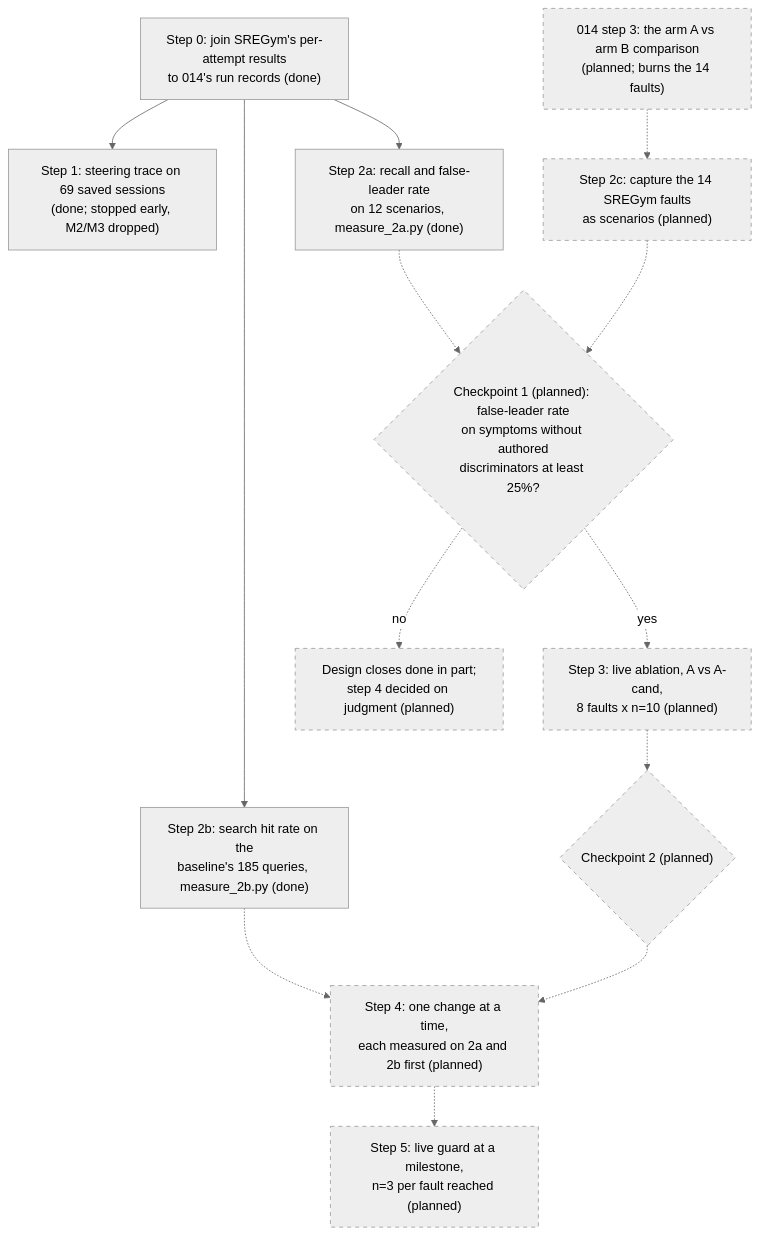
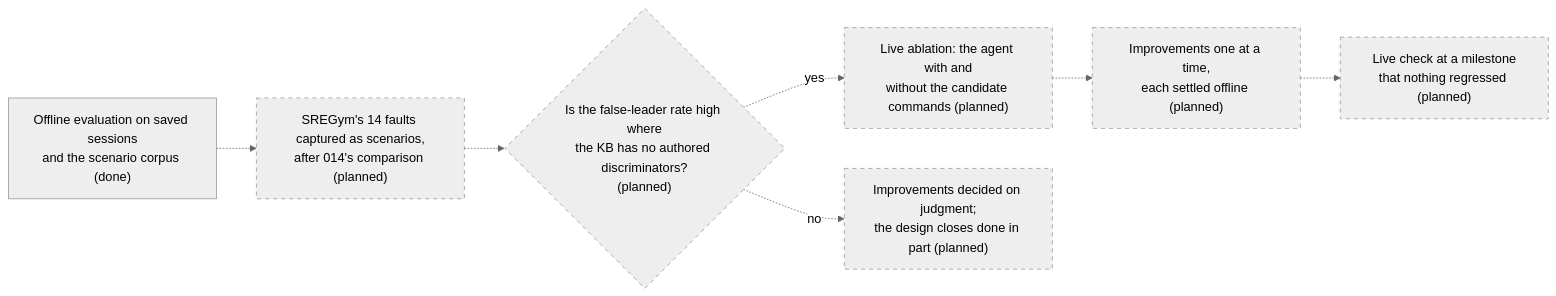
The diagram in designs/015-kb-evaluation.md (BenedatLLC/k8srca), drawn with Mermaid (neutral theme) before and after one commit. The commit also changed other lines of this file and 29 other files, not shown here.

````diff
--- a/designs/015-kb-evaluation.md
+++ b/designs/015-kb-evaluation.md
@@ -113,31 +145,18 @@
 ```mermaid
-flowchart TD
-    S0["Step 0: join SREGym's per-attempt results<br/>to 014's run records (done)"]
-    S1["Step 1: steering trace on 69 saved sessions<br/>(done; stopped early, M2/M3 dropped)"]
-    S2a["Step 2a: recall and false-leader rate<br/>on 12 scenarios, measure_2a.py (done)"]
-    S2b["Step 2b: search hit rate on the<br/>baseline's 185 queries, measure_2b.py (done)"]
-    W014["014 step 3: the arm A vs arm B comparison<br/>(planned; burns the 14 faults)"]
-    S2c["Step 2c: capture the 14 SREGym faults<br/>as scenarios (planned)"]
-    CP1{"Checkpoint 1 (planned): false-leader rate<br/>on symptoms without authored<br/>discriminators at least 25%?"}
-    S3["Step 3: live ablation, A vs A-cand,<br/>8 faults x n=10 (planned)"]
-    CP2{"Checkpoint 2 (planned)"}
-    S4["Step 4: one change at a time,<br/>each measured on 2a and 2b first (planned)"]
-    S5["Step 5: live guard at a milestone,<br/>n=3 per fault reached (planned)"]
-    END["Design closes done in part;<br/>step 4 decided on judgment (planned)"]
-
-    S0 --> S1
-    S0 --> S2a
-    S0 --> S2b
-    W014 -.-> S2c
-    S2a -.-> CP1
-    S2b -.-> S4
-    S2c -.-> CP1
-    CP1 -. "yes" .-> S3
-    CP1 -. "no" .-> END
-    S3 -.-> CP2
-    CP2 -.-> S4
-    S4 -.-> S5
-
-    classDef planned stroke-dasharray: 5 5
-    class W014,S2c,CP1,S3,CP2,S4,S5,END planned
+flowchart LR
+  O["Offline evaluation on saved sessions<br/>and the scenario corpus (done)"]
+  C["SREGym's 14 faults captured as scenarios,<br/>after 014's comparison (planned)"]
+  D{"Is the false-leader rate high where<br/>the KB has no authored discriminators?<br/>(planned)"}
+  A["Live ablation: the agent with and<br/>without the candidate commands (planned)"]
+  J["Improvements decided on judgment;<br/>the design closes done in part (planned)"]
+  I["Improvements one at a time,<br/>each settled offline (planned)"]
+  G["Live check at a milestone<br/>that nothing regressed (planned)"]
+  O -.-> C
+  C -.-> D
+  D -. "yes" .-> A
+  D -. "no" .-> J
+  A -.-> I
+  I -.-> G
+  classDef planned stroke-dasharray: 5 5
+  class C,D,A,J,I,G planned
 ```
````
